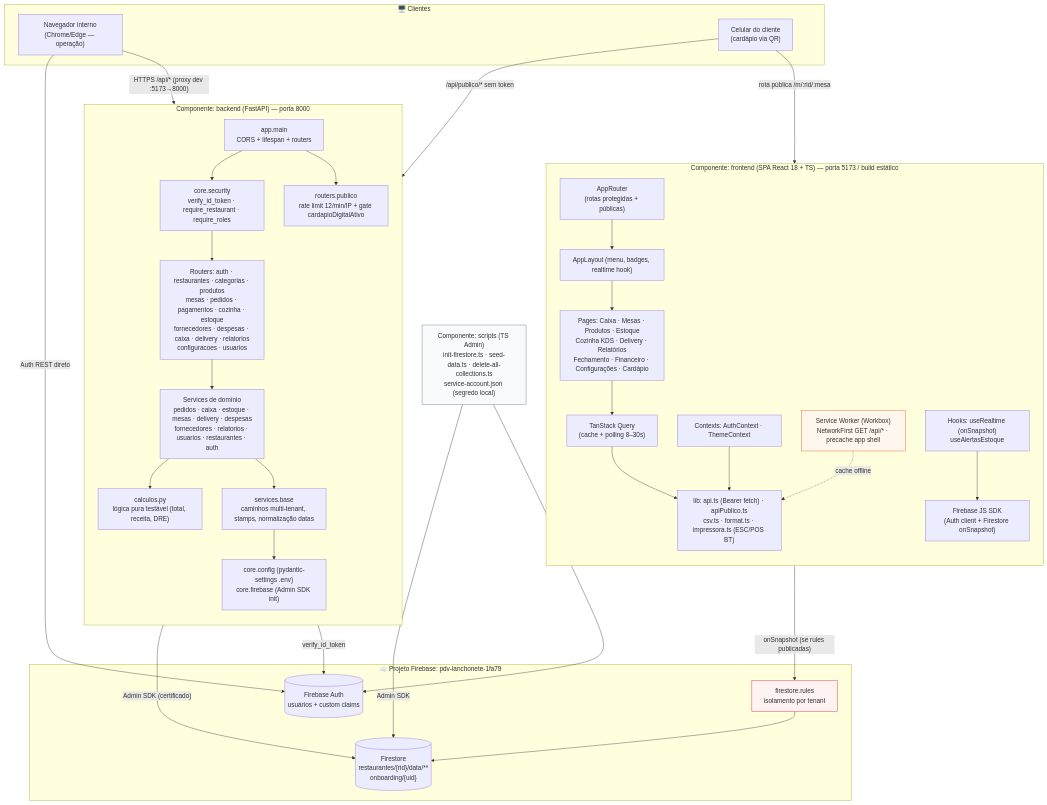
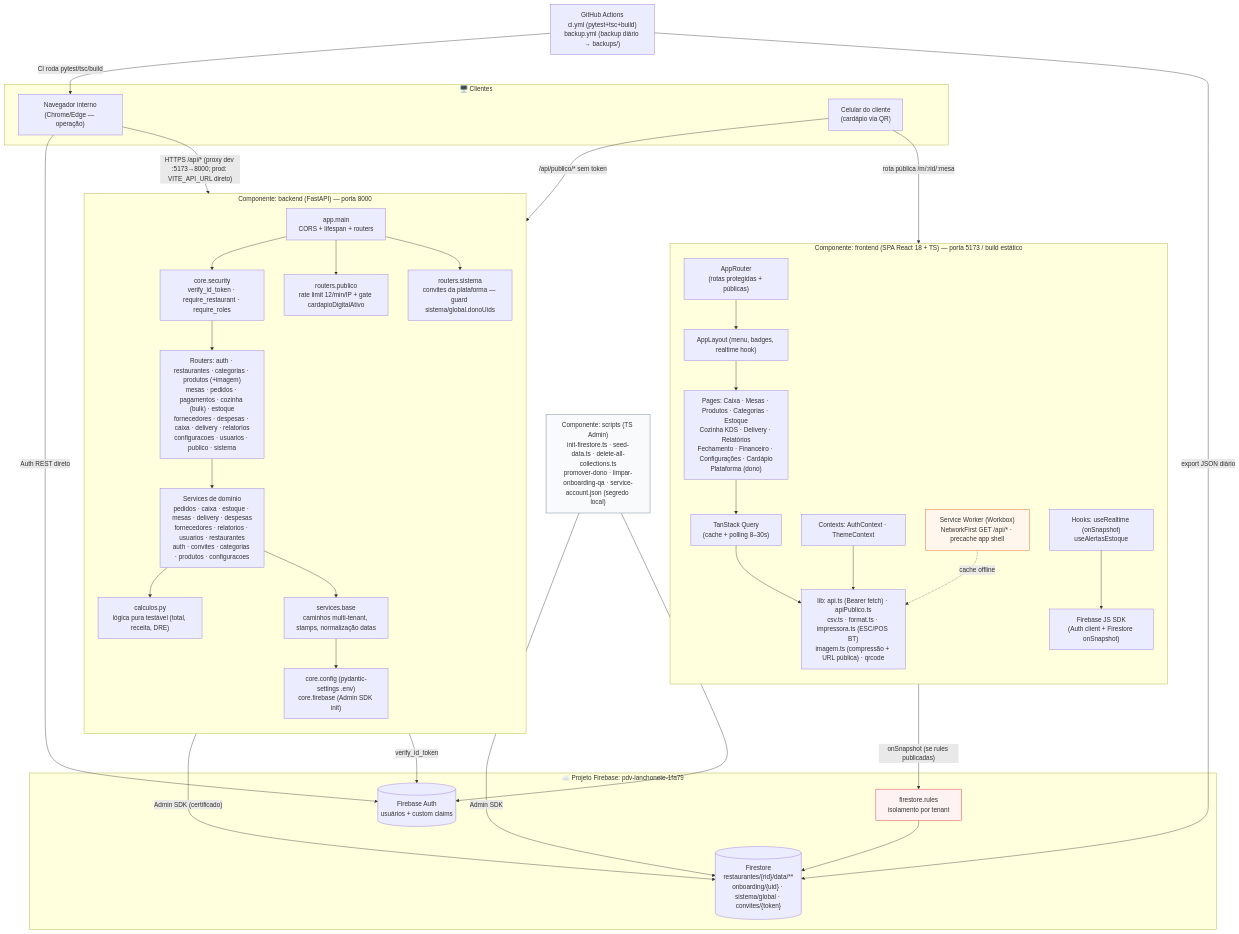
Before and after one commit to gabrielabrahaodev/pdv-lanchonete: the diagram in docs/02-modelagem/diagrama-componentes.md, drawn with Mermaid. The commit also changed other lines of this file and 31 other files, not shown here.

Commit message:
docs: atualizacao integral da documentacao (suíte 52+13, onboarding por convite P0.x, 18 routers, producao ativa, bugs 9-12 nos manuais)

````diff
--- a/docs/02-modelagem/diagrama-componentes.md
+++ b/docs/02-modelagem/diagrama-componentes.md
@@ -3,71 +3,77 @@
 ```mermaid
 flowchart TB
     subgraph Clientes["🖥️ Clientes"]
         NAV["Navegador interno<br/>(Chrome/Edge — operação)"]
         MOB["Celular do cliente<br/>(cardápio via QR)"]
     end
 
     subgraph SPA["Componente: frontend (SPA React 18 + TS) — porta 5173 / build estático"]
         direction TB
         ROUTES["AppRouter<br/>(rotas protegidas + públicas)"]
         LAYOUT["AppLayout (menu, badges, realtime hook)"]
-        PAGES["Pages: Caixa · Mesas · Produtos · Estoque<br/>Cozinha KDS · Delivery · Relatórios<br/>Fechamento · Financeiro · Configurações · Cardápio"]
+        PAGES["Pages: Caixa · Mesas · Produtos · Categorias · Estoque<br/>Cozinha KDS · Delivery · Relatórios<br/>Fechamento · Financeiro · Configurações · Cardápio<br/>Plataforma (dono)"]
         CTX["Contexts: AuthContext · ThemeContext"]
         HOOKS["Hooks: useRealtime (onSnapshot)<br/>useAlertasEstoque"]
         RQ["TanStack Query<br/>(cache + polling 8–30s)"]
-        LIBS["lib: api.ts (Bearer fetch) · apiPublico.ts<br/>csv.ts · format.ts · impressora.ts (ESC/POS BT)"]
+        LIBS["lib: api.ts (Bearer fetch) · apiPublico.ts<br/>csv.ts · format.ts · impressora.ts (ESC/POS BT)<br/>imagem.ts (compressão + URL pública) · qrcode"]
         FBJS["Firebase JS SDK<br/>(Auth client + Firestore onSnapshot)"]
         PWA["Service Worker (Workbox)<br/>NetworkFirst GET /api/* · precache app shell"]
     end
 
     subgraph APIB["Componente: backend (FastAPI) — porta 8000"]
         direction TB
         MAIN["app.main<br/>CORS + lifespan + routers"]
         SEC["core.security<br/>verify_id_token · require_restaurant · require_roles"]
         PUB["routers.publico<br/>rate limit 12/min/IP + gate cardapioDigitalAtivo"]
-        ROUTERS["Routers: auth · restaurantes · categorias · produtos<br/>mesas · pedidos · pagamentos · cozinha · estoque<br/>fornecedores · despesas · caixa · delivery · relatorios<br/>configuracoes · usuarios"]
-        SERVICES["Services de domínio<br/>pedidos · caixa · estoque · mesas · delivery · despesas<br/>fornecedores · relatorios · usuarios · restaurantes · auth"]
+        SIS["routers.sistema<br/>convites da plataforma — guard sistema/global.donoUids"]
+        ROUTERS["Routers: auth · restaurantes · categorias · produtos (+imagem)<br/>mesas · pedidos · pagamentos · cozinha (bulk) · estoque<br/>fornecedores · despesas · caixa · delivery · relatorios<br/>configuracoes · usuarios · publico · sistema"]
+        SERVICES["Services de domínio<br/>pedidos · caixa · estoque · mesas · delivery · despesas<br/>fornecedores · relatorios · usuarios · restaurantes<br/>auth · convites · categorias · produtos · configuracoes"]
         CALC["calculos.py<br/>lógica pura testável (total, receita, DRE)"]
         BASE["services.base<br/>caminhos multi-tenant, stamps, normalização datas"]
         CFG["core.config (pydantic-settings .env)<br/>core.firebase (Admin SDK init)"]
     end
 
     subgraph FIREBASE["☁️ Projeto Firebase: pdv-lanchonete-1fa79"]
         AUTH[("Firebase Auth<br/>usuários + custom claims")]
-        FS[("Firestore<br/>restaurantes/{rid}/data/**<br/>onboarding/{uid}")]
+        FS[("Firestore<br/>restaurantes/{rid}/data/**<br/>onboarding/{uid} · sistema/global · convites/{token}")]
         RULES["firestore.rules<br/>isolamento por tenant"]
     end
 
-    SCRIPTS["Componente: scripts (TS Admin)<br/>init-firestore.ts · seed-data.ts · delete-all-collections.ts<br/>service-account.json (segredo local)"]
+    SCRIPTS["Componente: scripts (TS Admin)<br/>init-firestore.ts · seed-data.ts · delete-all-collections.ts<br/>promover-dono · limpar-onboarding-qa · service-account.json (segredo local)"]
+
+    GHACTIONS["GitHub Actions<br/>ci.yml (pytest+tsc+build)<br/>backup.yml (backup diário → backups/)"]
 
     %% Fluxos
-    NAV -->|"HTTPS /api/* (proxy dev :5173→8000)"| MAIN
+    NAV -->|"HTTPS /api/* (proxy dev :5173→8000; prod: VITE_API_URL direto)"| MAIN
     MOB -->|"rota pública /m/:rid/:mesa"| PAGES
     NAV -->|"Auth REST direto"| AUTH
     MOB -->|"/api/publico/* sem token"| PUB
 
     ROUTES --> LAYOUT --> PAGES
     PAGES --> RQ
     RQ --> LIBS
     CTX --> LIBS
     HOOKS --> FBJS
     PWA -. cache offline .-> LIBS
 
     MAIN --> SEC
     MAIN --> PUB
+    MAIN --> SIS
     SEC --> ROUTERS
     ROUTERS --> SERVICES
     SERVICES --> CALC
     SERVICES --> BASE
     BASE --> CFG
     CFG -->|"Admin SDK (certificado)"| FS
     SEC -->|"verify_id_token"| AUTH
     FBJS -->|"onSnapshot (se rules publicadas)"| RULES
     RULES --> FS
     SCRIPTS -->|"Admin SDK"| FS
     SCRIPTS --> AUTH
+    GHACTIONS -->|"CI roda pytest/tsc/build"| NAV
+    GHACTIONS -->|"export JSON diário"| FS
 
     style PWA fill:#fff7ed,stroke:#ea580c
     style RULES fill:#fef2f2,stroke:#dc2626
     style SCRIPTS fill:#f8fafc,stroke:#64748b
 ```
````
